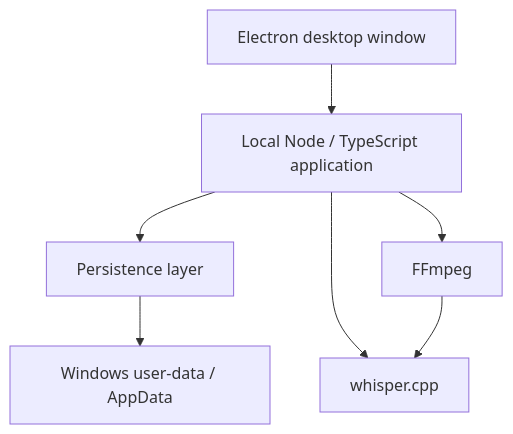
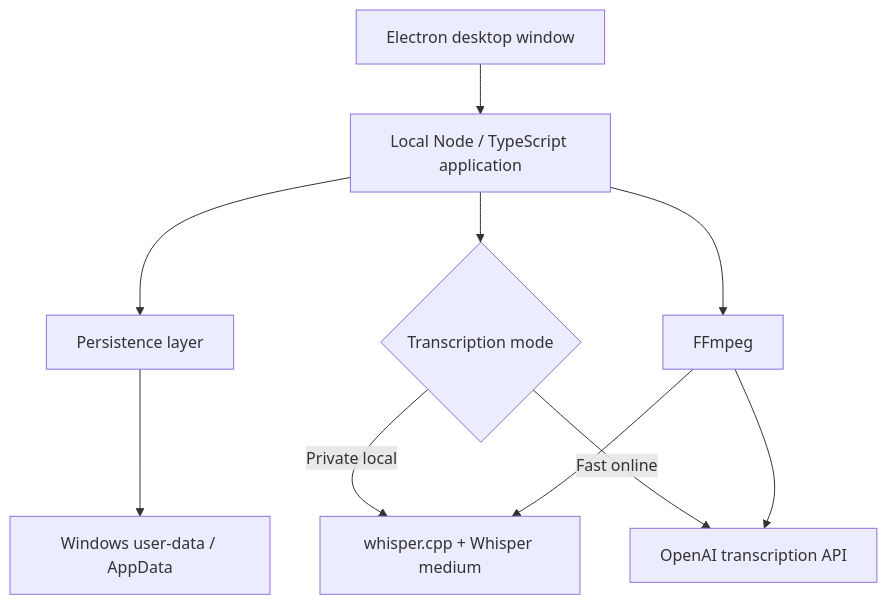
Before and after one commit to Zion8a/evidence-transcriber: the second of 2 diagrams in README.md, drawn with Mermaid. The commit also changed other lines of this file and 1 other file, not shown here.

Commit message:
Update documentation for hybrid transcription

````diff
--- a/README.md
+++ b/README.md
@@ -209,9 +295,12 @@
 ```mermaid
 flowchart TD
     A["Electron desktop window"] --> B["Local Node / TypeScript application"]
     B --> C["Persistence layer"]
     B --> D["FFmpeg"]
-    B --> E["whisper.cpp"]
-    C --> F["Windows user-data / AppData"]
-    D --> E
+    B --> E{"Transcription mode"}
+    E -->|"Private local"| F["whisper.cpp + Whisper medium"]
+    E -->|"Fast online"| G["OpenAI transcription API"]
+    C --> H["Windows user-data / AppData"]
+    D --> F
+    D --> G
 ```
````
